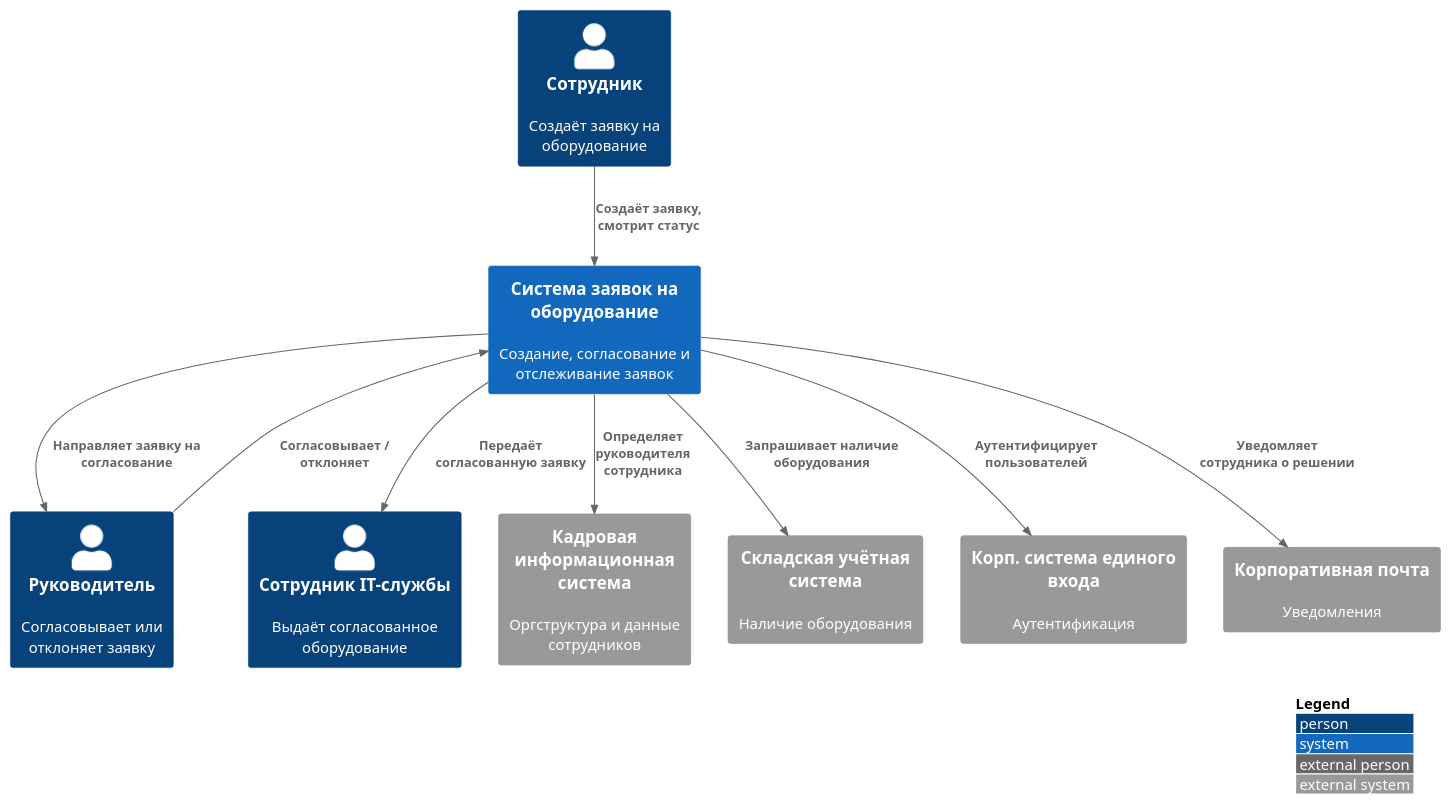
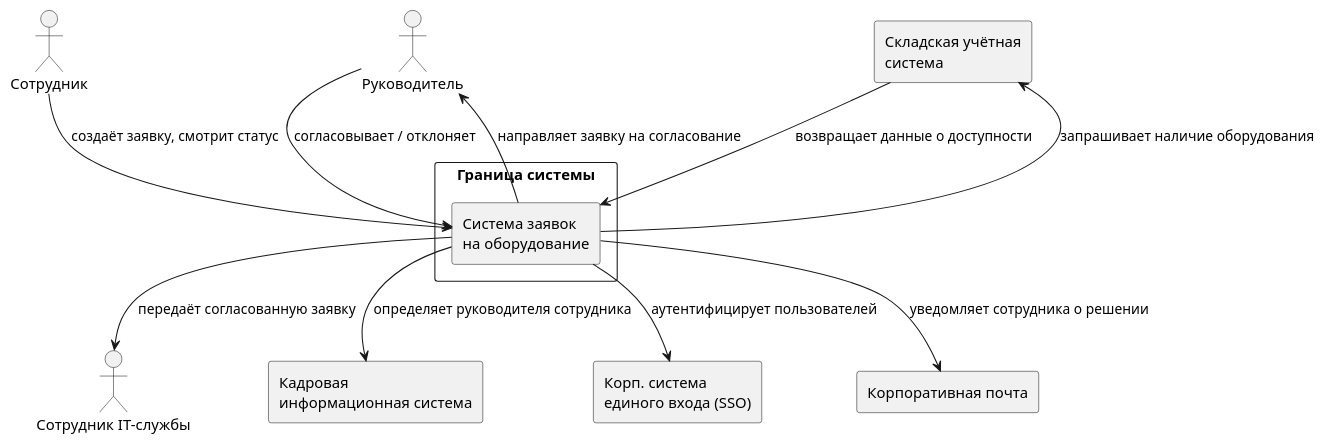
One commit to P0dp1vass/system_anal changed the third of 4 diagrams in c4-context-diagrams-4-situations.md. Above: the diagram before and after it, drawn with PlantUML. The commit also changed other lines of this file, not shown here.

First line of the commit message:
Заменить C4-PlantUML на обычный PlantUML в диаграммах контекста

````diff
--- a/c4-context-diagrams-4-situations.md
+++ b/c4-context-diagrams-4-situations.md
@@ -146,26 +154,29 @@
 ```plantuml
-@startuml C4_Context_Situation3
-!include https://raw.githubusercontent.com/plantuml-stdlib/C4-PlantUML/master/C4_Context.puml
-LAYOUT_WITH_LEGEND()
+@startuml Situation3
+skinparam backgroundColor transparent
+skinparam componentStyle rectangle
 
-Person(employee, "Сотрудник", "Создаёт заявку на оборудование")
-Person(manager, "Руководитель", "Согласовывает или отклоняет заявку")
-Person(itstaff, "Сотрудник IT-службы", "Выдаёт согласованное оборудование")
+actor "Сотрудник" as Employee
+actor "Руководитель" as Manager
+actor "Сотрудник IT-службы" as ITStaff
 
-System(focus, "Система заявок на оборудование", "Создание, согласование и отслеживание заявок")
+rectangle "Граница системы" {
+  component "Система заявок\nна оборудование" as Focus
+}
 
-System_Ext(hr, "Кадровая информационная система", "Оргструктура и данные сотрудников")
-System_Ext(warehouse, "Складская учётная система", "Наличие оборудования")
-System_Ext(sso, "Корп. система единого входа", "Аутентификация")
-System_Ext(mail, "Корпоративная почта", "Уведомления")
+component "Кадровая\nинформационная система" as HR
+component "Складская учётная\nсистема" as Warehouse
+component "Корп. система\nединого входа (SSO)" as SSO
+component "Корпоративная почта" as Mail
 
-Rel(employee, focus, "Создаёт заявку, смотрит статус")
-Rel(focus, hr, "Определяет руководителя сотрудника")
-Rel(focus, manager, "Направляет заявку на согласование")
-Rel(manager, focus, "Согласовывает / отклоняет")
-Rel(focus, warehouse, "Запрашивает наличие оборудования")
-Rel(focus, itstaff, "Передаёт согласованную заявку")
-Rel(focus, mail, "Уведомляет сотрудника о решении")
-Rel(focus, sso, "Аутентифицирует пользователей")
+Employee --> Focus : создаёт заявку, смотрит статус
+Focus --> HR : определяет руководителя сотрудника
+Focus --> Manager : направляет заявку на согласование
+Manager --> Focus : согласовывает / отклоняет
+Focus --> Warehouse : запрашивает наличие оборудования
+Warehouse --> Focus : возвращает данные о доступности
+Focus --> ITStaff : передаёт согласованную заявку
+Focus --> Mail : уведомляет сотрудника о решении
+Focus --> SSO : аутентифицирует пользователей
 @enduml
 ```
````
